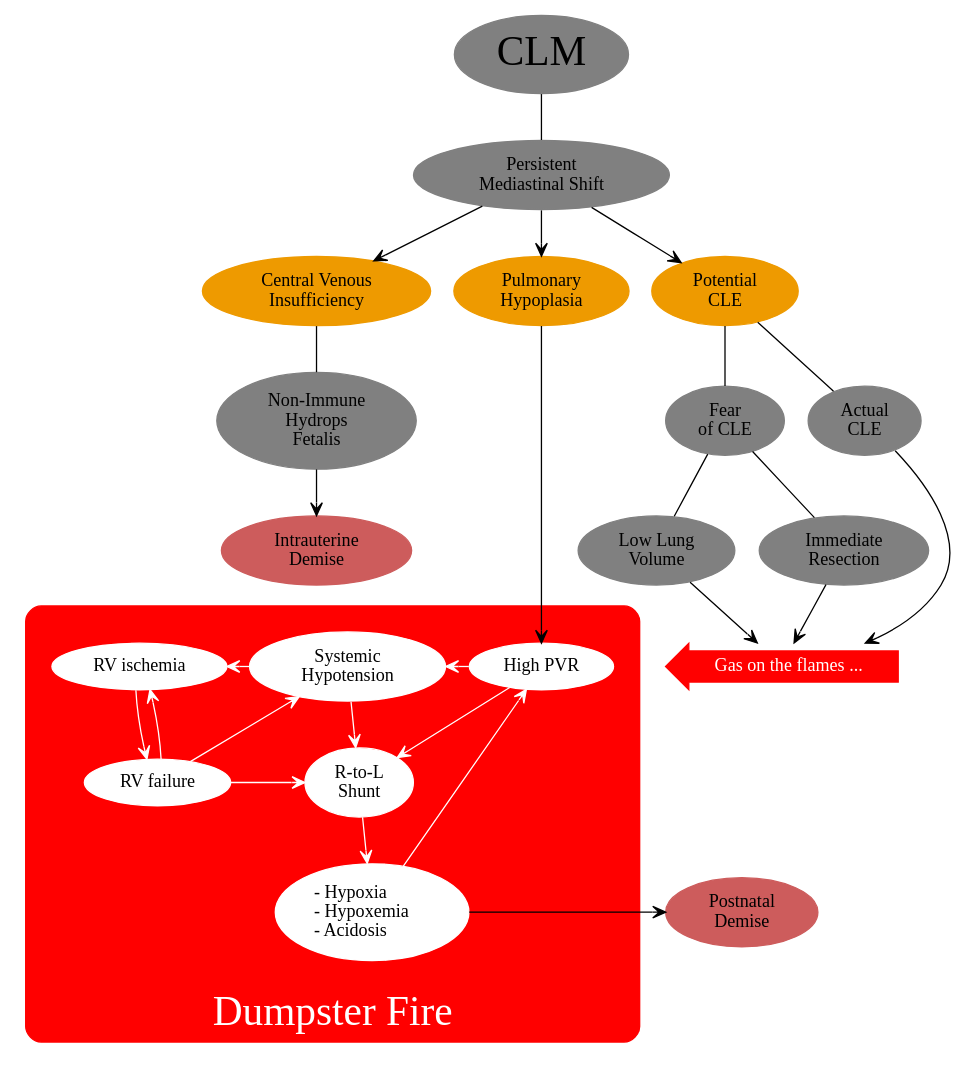
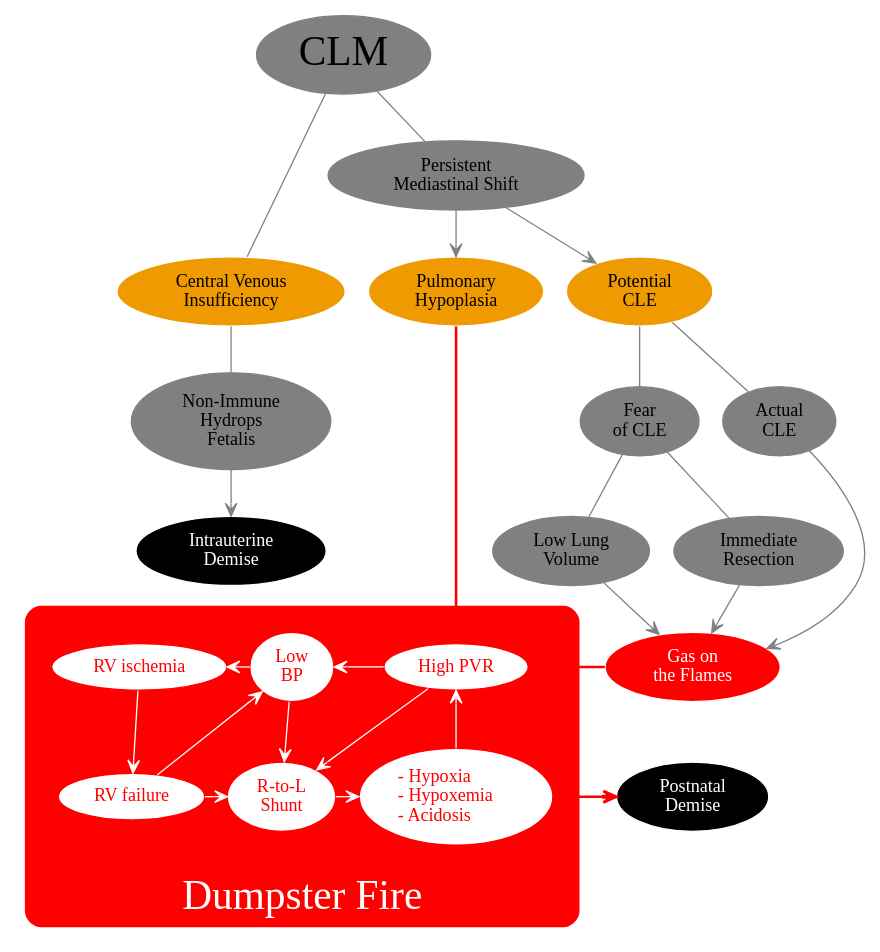
One commit to mdtsandman/CLO changed the diagram in CLO3.dot. Above: the diagram before and after it, drawn with Graphviz. The commit also changed 2 other files, not shown here.

```diff
--- a/CLO3.dot
+++ b/CLO3.dot
@@ -1,100 +1,95 @@
 digraph Risks {
 
 rankdir=TB;
 newrank=true;
 compound=true;
 
 node [color=grey style=filled fillcolor=grey];
-edge [arrowhead=vee];
+edge [arrowhead=vee color=grey];
 
 CLM [label="CLM" fontsize=32];
 PMS [label="Persistent\nMediastinal Shift"];
-CVP [label="Central Venous\nInsufficiency" style=filled fillcolor=orange2 color=orange2];
-PHP [label="Pulmonary\nHypoplasia" style=filled fillcolor=orange2 color=orange2];
-MaybeCLE [label="Potential\nCLE" style=filled fillcolor=orange2 color=orange2];
+PHP [label="Pulmonary\nHypoplasia" fillcolor=orange2 color=white];
+CVP [label="Central Venous\nInsufficiency" fillcolor=orange2 color=white];
+MaybeCLE [label="Potential\nCLE" fillcolor=orange2 color=white];
 NIHF [label="Non-Immune\nHydrops\nFetalis"];
 OR [label="Immediate\nResection"];
 Fear [label="Fear\nof CLE"];
 FRC [label="Low Lung\nVolume"];
 CLE [label="Actual\nCLE"];
-IUD [label="Intrauterine\nDemise" style=filled fillcolor=indianred color=indianred];
-Death [label="Postnatal\nDemise" style=filled fillcolor=indianred color=indianred];
-Catalyst [label="    Gas on the flames ..." height=0.5 shape=larrow fontcolor=white style=filled fillcolor=red color=red];
+IUD [label="Intrauterine\nDemise" style=filled fillcolor=black color=white fontcolor=white];
+Death [label="Postnatal\nDemise" style=filled fillcolor=black color=white fontcolor=white];
+Catalyst [label="Gas on\nthe Flames" height=0.5 fontcolor=white style=filled fillcolor=red color=white];
 
 subgraph ClusterFuck {
 
 	style=rounded;
 	margin=20;
 	color=red;
+	bgcolor=red;
 	fontcolor=white;
-	bgcolor=red;
-	color=red;
 	fontsize=32;
 	label="Dumpster Fire";
 	labelloc=b;
 
-	node [fillcolor=white color=white];
+	node [fillcolor=white color=red fontcolor=red];
 	edge [color=white];
 
-	PHTN [label="High PVR"];
+	RVI [label="RV ischemia"];
+	RVF [label="RV failure"];
 	
 	subgraph ClusterTriad {
 
 		label="";
 		margin=0;
+		PHTN [label="High PVR"];
 		Shunt [label="R-to-L\nShunt"];
+		LowBP [label="Low\nBP"];
 		Badness [label="- Hypoxia\l- Hypoxemia\l- Acidosis\l"];
-		LowBP [label="Systemic\nHypotension"];
 	
-		LowBP -> Shunt -> Badness[weight=200];
+		PHTN -> LowBP -> Shunt -> Badness;
 
 	}
-
-	RVI [label="RV ischemia"];
-	RVF [label="RV failure"];
-
+	
 	PHTN -> Shunt;
-	PHTN -> LowBP;
-
-	Badness -> PHTN;
+	Badness -> PHTN[weight=200];
 	RVF -> LowBP;
 	RVF -> Shunt;
-	RVF -> RVI;
-
 	LowBP -> RVI;
 	RVI -> RVF;
 
 	{rank=same PHTN LowBP RVI};
 	{rank=same RVF Shunt};
 
 }
 
 {rank=same CVP PHP MaybeCLE};
 {rank=same NIHF Fear CLE};
 {rank=same IUD FRC OR};
 {rank=same PHTN Catalyst};
-{rank=same Badness Death};
+{rank=same Badness Shunt Death};
 
-CLM -> PMS [arrowhead=none];
-PMS -> {CVP, PHP, MaybeCLE};
+CLM -> {PMS CVP} [arrowhead=none];
+PMS -> {PHP, MaybeCLE};
 CVP -> NIHF [arrowhead=none weight=100];
 NIHF -> IUD [weight=100];
 MaybeCLE -> Fear[arrowhead=none weight=100];
 Fear -> FRC [arrowhead=none];
 Fear -> OR [arrowhead=none];
 MaybeCLE -> CLE [arrowhead=none];
-PHP -> PHTN [weight=200]
+PHP -> PHTN [arrowhead=none color=red penwidth=2 weight=200]
+
 FRC -> Catalyst [weight=100];
 OR -> Catalyst [weight=100];
 CLE -> Catalyst;
+Catalyst -> PHTN[arrowhead=none color=red penwidth=2];
 
 CVP -> PHP -> MaybeCLE [style=invis];
 NIHF -> Fear -> CLE [style=invis];
 IUD -> FRC -> OR [style=invis];
 PHTN -> Catalyst [style=invis];
 
-Catalyst -> Death [style=invis] weight=100;
-
-Badness -> Death[weight=5000];
+Catalyst -> Death [style=invis weight=100];
+Badness -> Death[color=red penwidth=2];
 
 }
```
